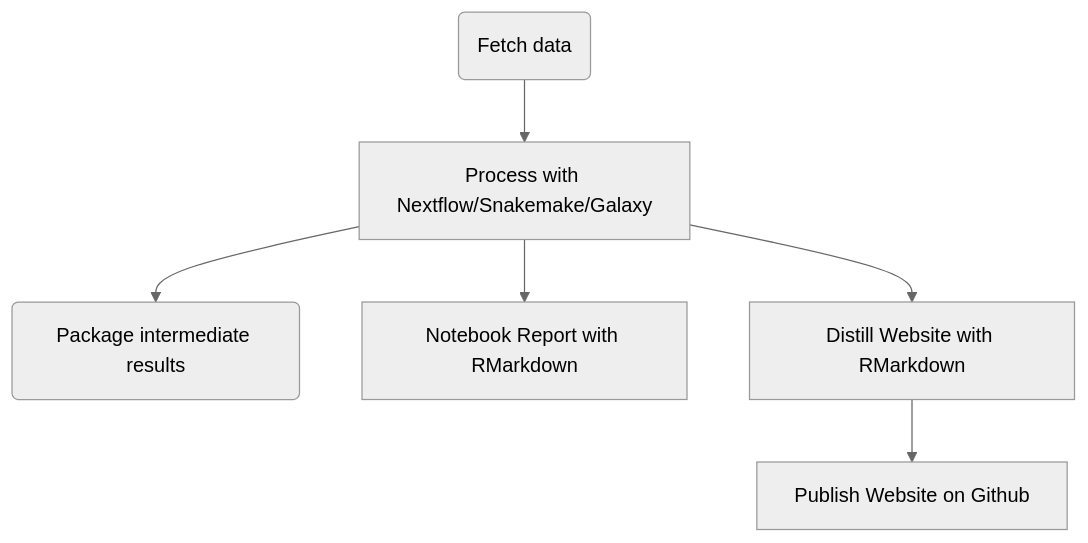
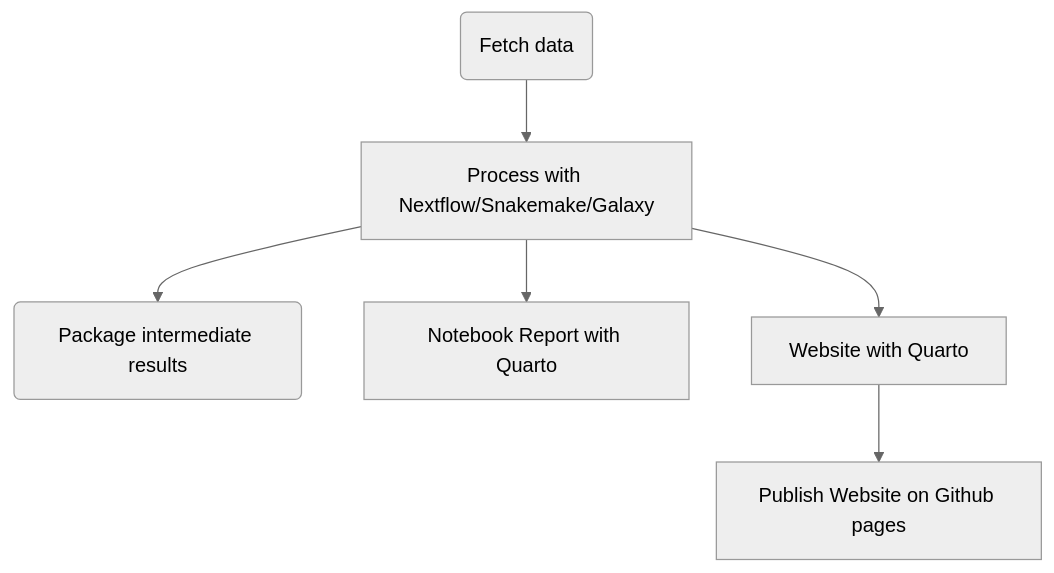
One commit to mahesh-panchal/reproducible-research changed the diagram in README.md. Above: the diagram before and after it, drawn with Mermaid (neutral theme). The commit also changed other lines of this file, not shown here.

Commit message:
Update notebook method to Quarto

````diff
--- a/README.md
+++ b/README.md
@@ -29,8 +29,8 @@
 ```mermaid
 graph TB
 A(Fetch data) --> B[Process with Nextflow/Snakemake/Galaxy]
 B --> C(Package intermediate results)
-B --> D[Notebook Report with RMarkdown]
-B --> E[Distill Website with RMarkdown]
-E --> F[Publish Website on Github]
+B --> D[Notebook Report with Quarto]
+B --> E[Website with Quarto]
+E --> F[Publish Website on Github pages]
 ```
````
